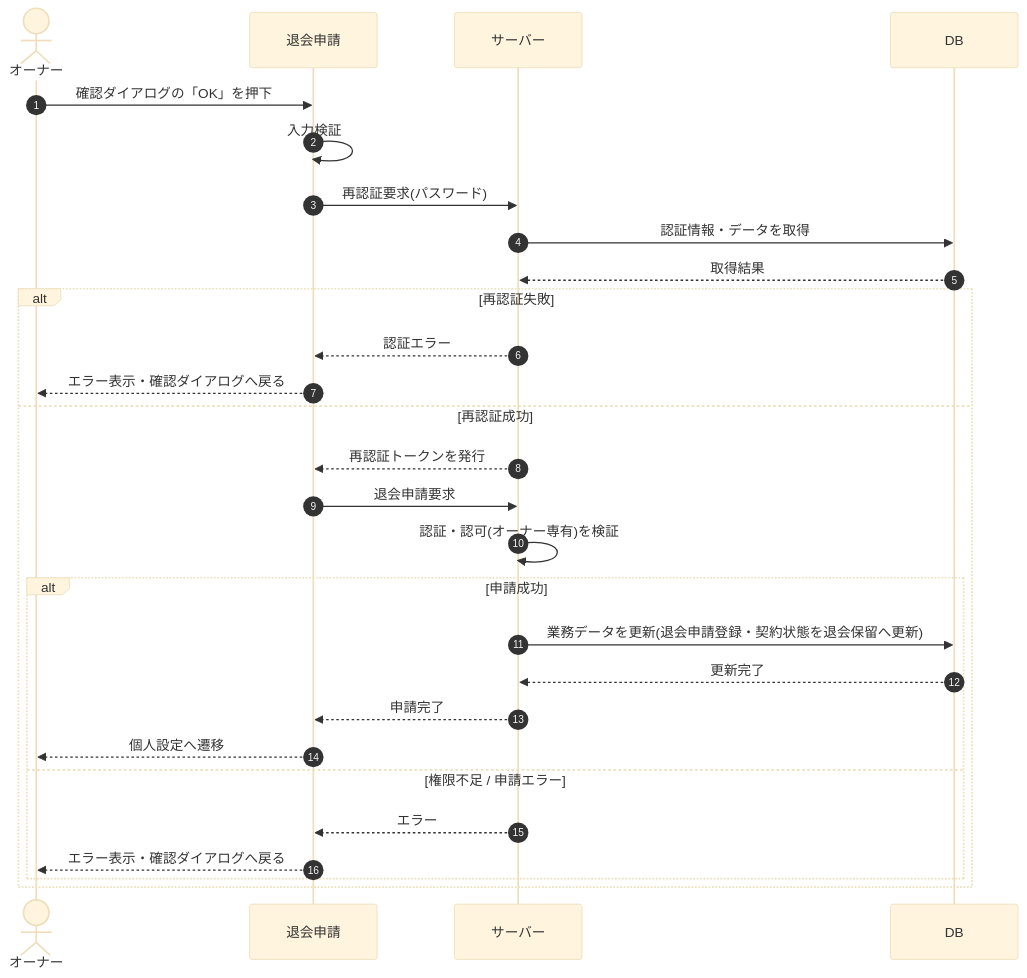
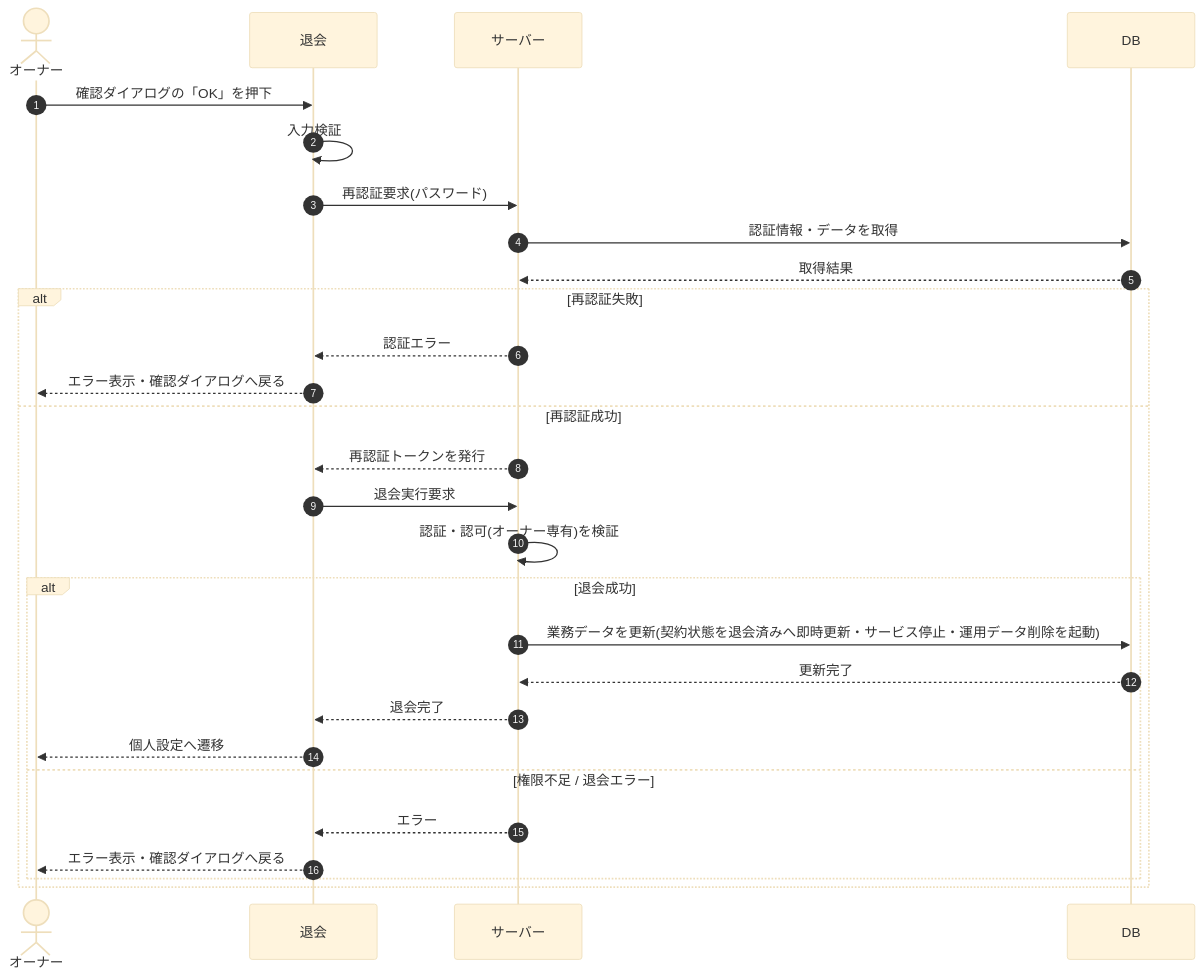
One commit to sikakou54/open-faq changed the diagram in 02_basic_design/03_sequences/SEQ-066.md. Above: the diagram before and after it, drawn with Mermaid (base theme). The commit also changed other lines of this file and 66 other files, not shown here.

````diff
--- a/02_basic_design/03_sequences/SEQ-066.md
+++ b/02_basic_design/03_sequences/SEQ-066.md
@@ -24,30 +24,30 @@
 ```mermaid
 sequenceDiagram
   autonumber
   actor U as オーナー
-  participant Screen as 退会申請
+  participant Screen as 退会
   participant Server as サーバー
   participant DB as DB
   U->>Screen: 確認ダイアログの「OK」を押下
   Screen->>Screen: 入力検証
   Screen->>Server: 再認証要求(パスワード)
   Server->>DB: 認証情報・データを取得
   DB-->>Server: 取得結果
   alt 再認証失敗
     Server-->>Screen: 認証エラー
     Screen-->>U: エラー表示・確認ダイアログへ戻る
   else 再認証成功
     Server-->>Screen: 再認証トークンを発行
-    Screen->>Server: 退会申請要求
+    Screen->>Server: 退会実行要求
     Server->>Server: 認証・認可(オーナー専有)を検証
-    alt 申請成功
-      Server->>DB: 業務データを更新(退会申請登録・契約状態を退会保留へ更新)
+    alt 退会成功
+      Server->>DB: 業務データを更新(契約状態を退会済みへ即時更新・サービス停止・運用データ削除を起動)
       DB-->>Server: 更新完了
-      Server-->>Screen: 申請完了
+      Server-->>Screen: 退会完了
       Screen-->>U: 個人設定へ遷移
-    else 権限不足 / 申請エラー
+    else 権限不足 / 退会エラー
       Server-->>Screen: エラー
       Screen-->>U: エラー表示・確認ダイアログへ戻る
     end
   end
 ```
````
